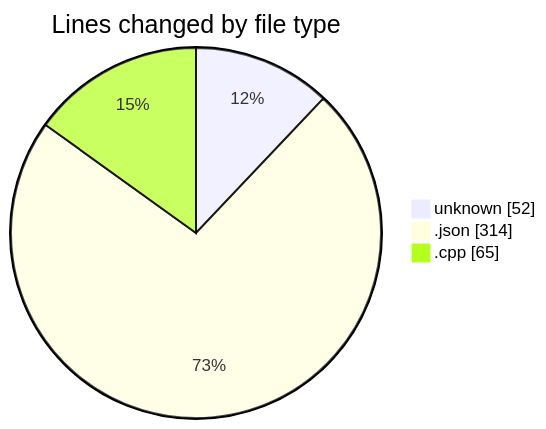
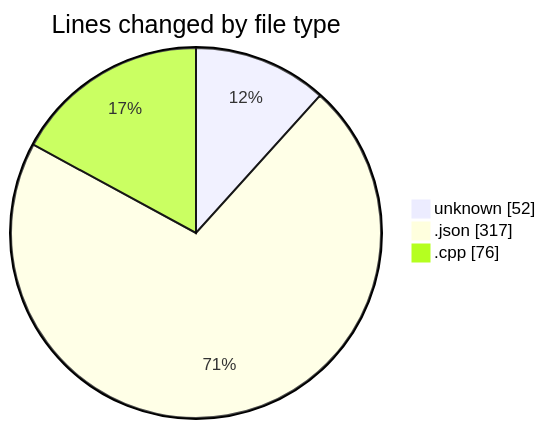
One commit to Netris89/code-tracking changed the first of 2 diagrams in 2025-03-26/echo/README.md. Above: the diagram before and after it, drawn with Mermaid. The commit also changed other lines of this file and 1 other file, not shown here.

````diff
--- a/2025-03-26/echo/README.md
+++ b/2025-03-26/echo/README.md
@@ -24,7 +24,7 @@
 ```mermaid
 pie showData
 title Lines changed by file type
 "unknown" : 52
-".json" : 314
-".cpp" : 65
+".json" : 317
+".cpp" : 76
 ```
````
